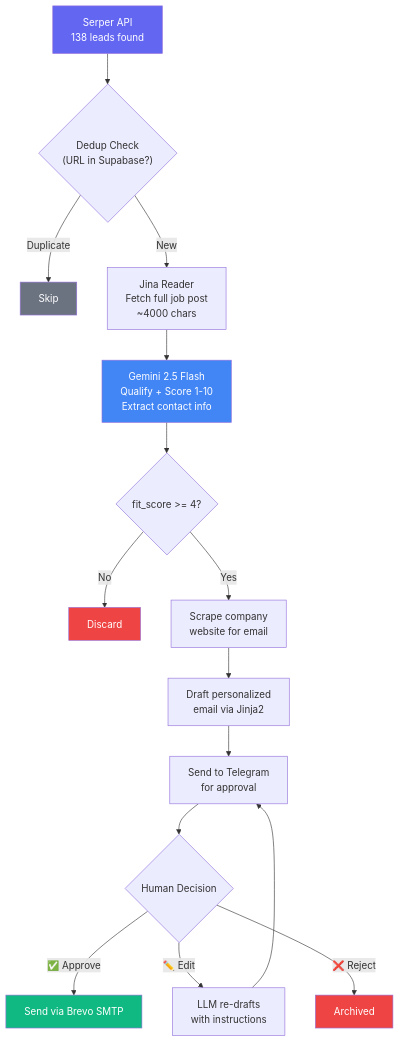
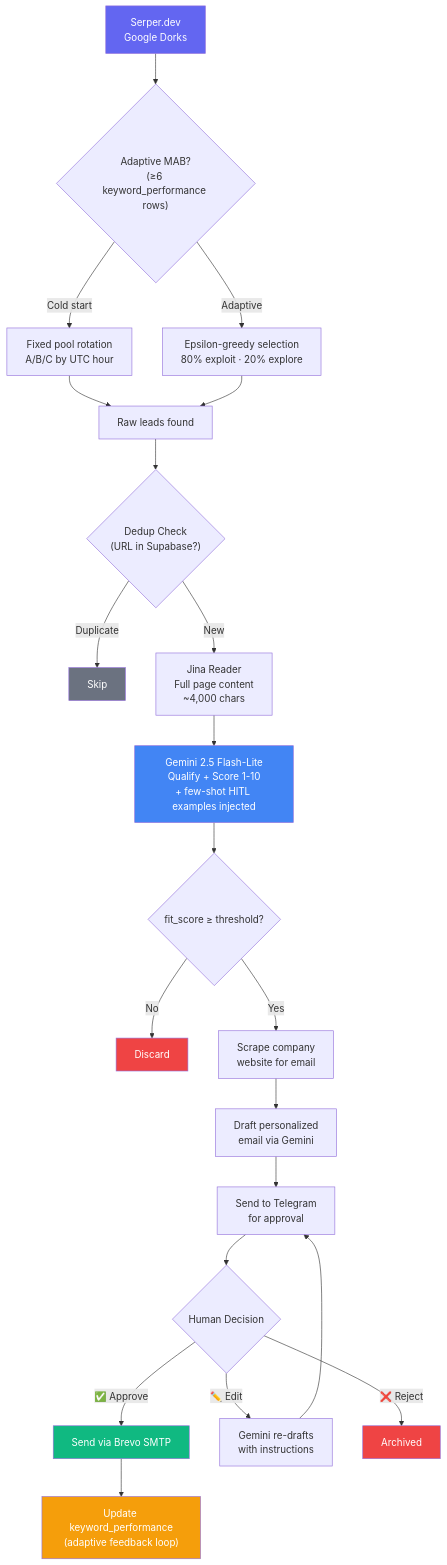
The second of 3 diagrams in README.md (sebasram2005/prospeccion_agente), drawn with Mermaid before and after one commit. The commit also changed other lines of this file, not shown here.

First line of the commit message:
Update README: document all 4 verticals, MAB, few-shot, full project structure

````diff
--- a/README.md
+++ b/README.md
@@ -61,24 +77,31 @@
 ```mermaid
 flowchart TD
-    A["Serper API\n138 leads found"] --> B{"Dedup Check\n(URL in Supabase?)"}
-    B -->|Duplicate| X1["Skip"]
-    B -->|New| C["Jina Reader\nFetch full job post\n~4000 chars"]
-    C --> D["Gemini 2.5 Flash\nQualify + Score 1-10\nExtract contact info"]
-    D --> E{"fit_score >= 4?"}
-    E -->|No| X2["Discard"]
-    E -->|Yes| F["Scrape company\nwebsite for email"]
-    F --> G["Draft personalized\nemail via Jinja2"]
-    G --> H["Send to Telegram\nfor approval"]
-    H --> I{"Human Decision"}
-    I -->|"✅ Approve"| J["Send via Brevo SMTP"]
-    I -->|"✏️ Edit"| K["LLM re-drafts\nwith instructions"]
-    I -->|"❌ Reject"| X3["Archived"]
-    K --> H
+    A["Serper.dev\nGoogle Dorks"] --> AA{"Adaptive MAB?\n(≥6 keyword_performance rows)"}
+    AA -->|"Cold start"| AB["Fixed pool rotation\nA/B/C by UTC hour"]
+    AA -->|"Adaptive"| AC["Epsilon-greedy selection\n80% exploit · 20% explore"]
+    AB --> B["Raw leads found"]
+    AC --> B
+    B --> C{"Dedup Check\n(URL in Supabase?)"}
+    C -->|Duplicate| X1["Skip"]
+    C -->|New| D["Jina Reader\nFull page content\n~4,000 chars"]
+    D --> E["Gemini 2.5 Flash-Lite\nQualify + Score 1-10\n+ few-shot HITL examples injected"]
+    E --> F{"fit_score ≥ threshold?"}
+    F -->|No| X2["Discard"]
+    F -->|Yes| G["Scrape company\nwebsite for email"]
+    G --> H["Draft personalized\nemail via Gemini"]
+    H --> I["Send to Telegram\nfor approval"]
+    I --> J{"Human Decision"}
+    J -->|"✅ Approve"| K["Send via Brevo SMTP"]
+    J -->|"✏️ Edit"| L["Gemini re-drafts\nwith instructions"]
+    J -->|"❌ Reject"| X3["Archived"]
+    L --> I
+    K --> M["Update keyword_performance\n(adaptive feedback loop)"]
 
     style A fill:#6366F1,color:#fff
-    style D fill:#4285F4,color:#fff
-    style J fill:#10B981,color:#fff
+    style E fill:#4285F4,color:#fff
+    style K fill:#10B981,color:#fff
+    style M fill:#F59E0B,color:#fff
     style X1 fill:#6B7280,color:#fff
     style X2 fill:#EF4444,color:#fff
     style X3 fill:#EF4444,color:#fff
 ```
````
